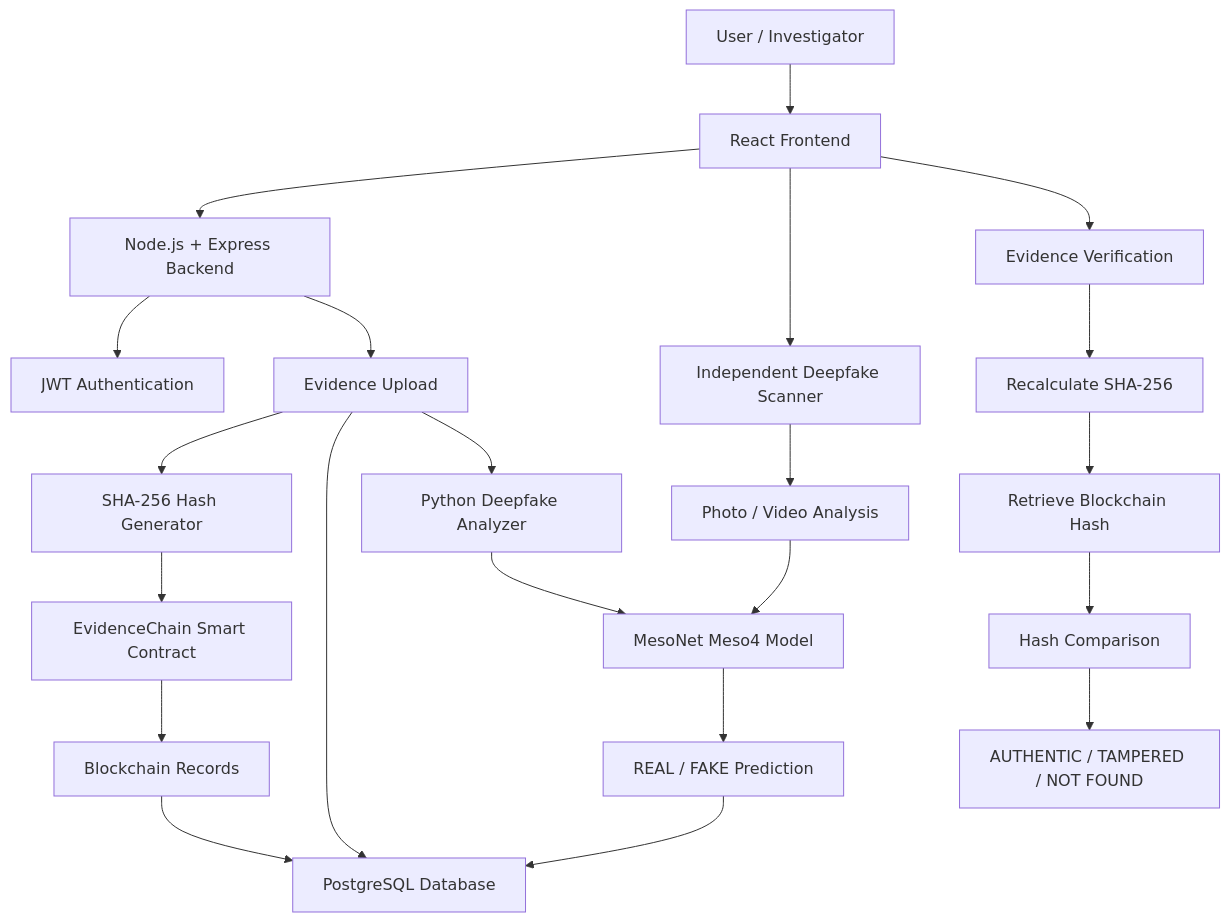
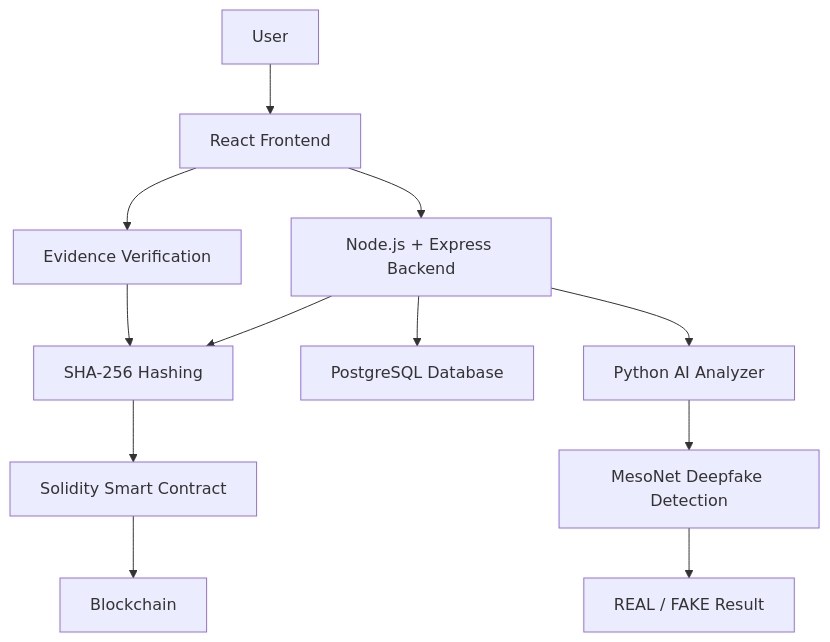
Before and after one commit to anand1-here/Attest.co: the diagram in README.md, drawn with Mermaid. The commit also changed other lines of this file and 1 other file, not shown here.

````diff
--- a/README.md
+++ b/README.md
@@ -234,30 +104,18 @@
 ```mermaid
 flowchart TD
-    A["User / Investigator"] --> B["React Frontend"]
+    A["User"] --> B["React Frontend"]
     B --> C["Node.js + Express Backend"]
 
-    C --> D["JWT Authentication"]
-    C --> E["Evidence Upload"]
+    C --> D["SHA-256 Hashing"]
+    D --> E["Solidity Smart Contract"]
+    E --> F["Blockchain"]
 
-    E --> F["SHA-256 Hash Generator"]
-    F --> G["EvidenceChain Smart Contract"]
-    G --> H["Blockchain Records"]
+    C --> G["PostgreSQL Database"]
 
-    E --> I["PostgreSQL Database"]
-    H --> I
+    C --> H["Python AI Analyzer"]
+    H --> I["MesoNet Deepfake Detection"]
+    I --> J["REAL / FAKE Result"]
 
-    E --> J["Python Deepfake Analyzer"]
-    J --> K["MesoNet Meso4 Model"]
-    K --> L["REAL / FAKE Prediction"]
-    L --> I
-
-    B --> M["Independent Deepfake Scanner"]
-    M --> N["Photo / Video Analysis"]
-    N --> K
-
-    B --> O["Evidence Verification"]
-    O --> P["Recalculate SHA-256"]
-    P --> Q["Retrieve Blockchain Hash"]
-    Q --> R["Hash Comparison"]
-    R --> S["AUTHENTIC / TAMPERED / NOT FOUND"]
+    B --> K["Evidence Verification"]
+    K --> D
 ```
````
